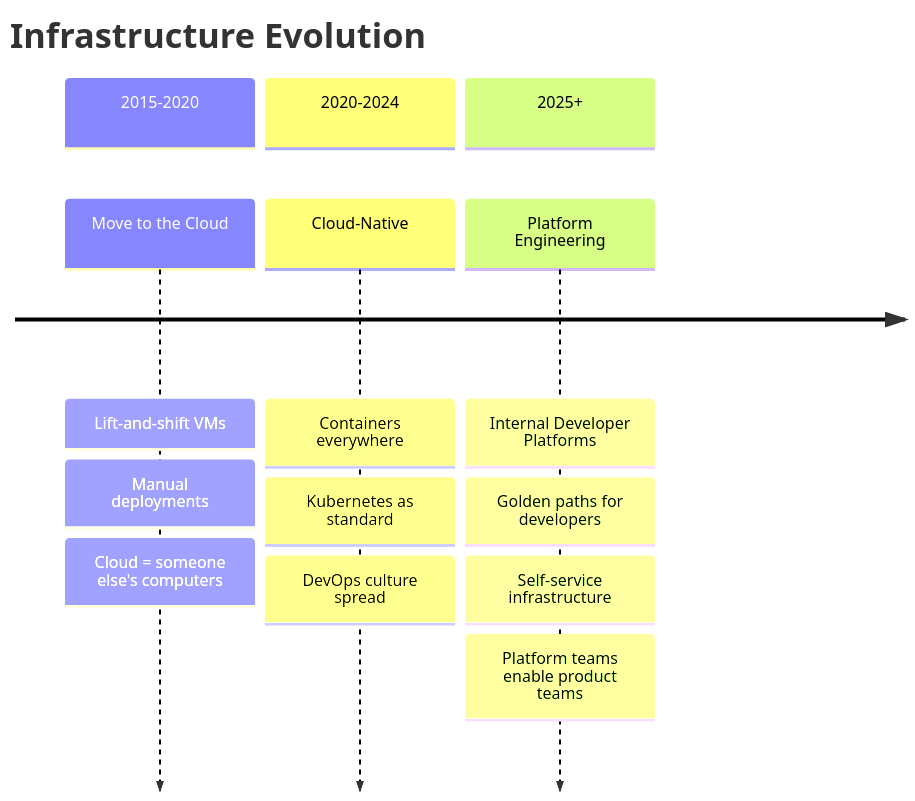
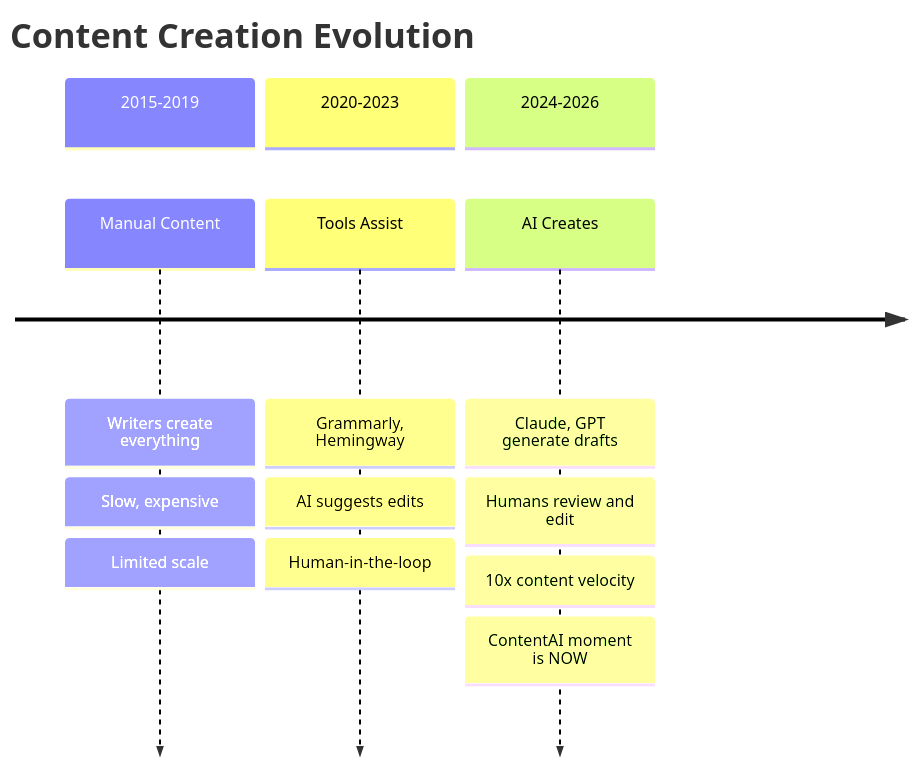
Before and after one commit to PearlThoughtsInternship/Internship-Obsidian-Vault: the first of 6 diagrams in DevOps/01-Product/02-Market-Context.md, drawn with Mermaid. The commit also changed other lines of this file and 1 other file, not shown here.

First line of the commit message:
Rewrite market context and architecture with ContentAI product-first narrative

````diff
--- a/DevOps/01-Product/02-Market-Context.md
+++ b/DevOps/01-Product/02-Market-Context.md
@@ -17,17 +21,17 @@
 ```mermaid
 timeline
-    title Infrastructure Evolution
-    section 2015-2020
-        Move to the Cloud : Lift-and-shift VMs
-                          : Manual deployments
-                          : Cloud = someone else's computers
-    section 2020-2024
-        Cloud-Native : Containers everywhere
-                     : Kubernetes as standard
-                     : DevOps culture spread
-    section 2025+
-        Platform Engineering : Internal Developer Platforms
-                            : Golden paths for developers
-                            : Self-service infrastructure
-                            : Platform teams enable product teams
+    title Content Creation Evolution
+    section 2015-2019
+        Manual Content : Writers create everything
+                       : Slow, expensive
+                       : Limited scale
+    section 2020-2023
+        Tools Assist : Grammarly, Hemingway
+                    : AI suggests edits
+                    : Human-in-the-loop
+    section 2024-2026
+        AI Creates : Claude, GPT generate drafts
+                   : Humans review and edit
+                   : 10x content velocity
+                   : ContentAI moment is NOW
 ```
````
